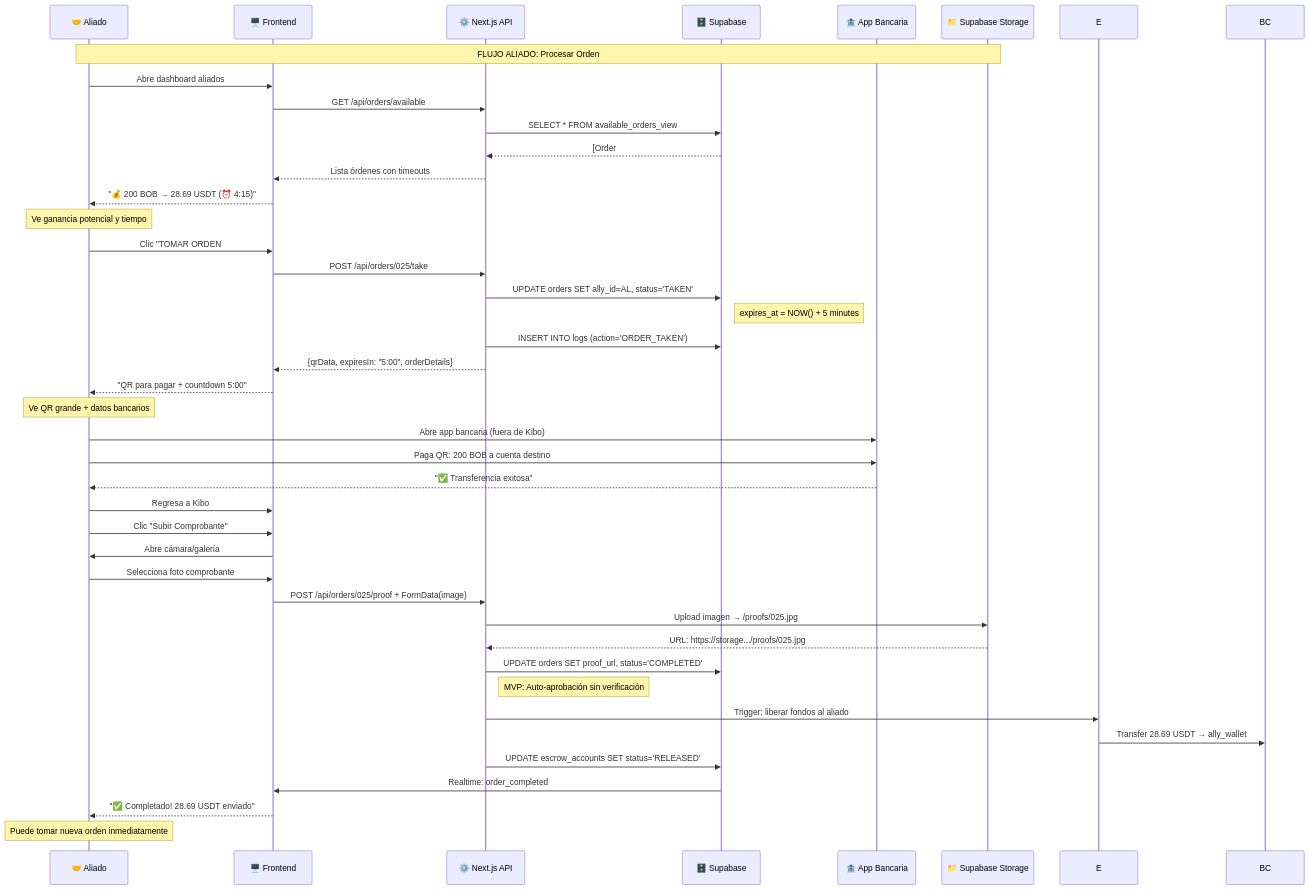
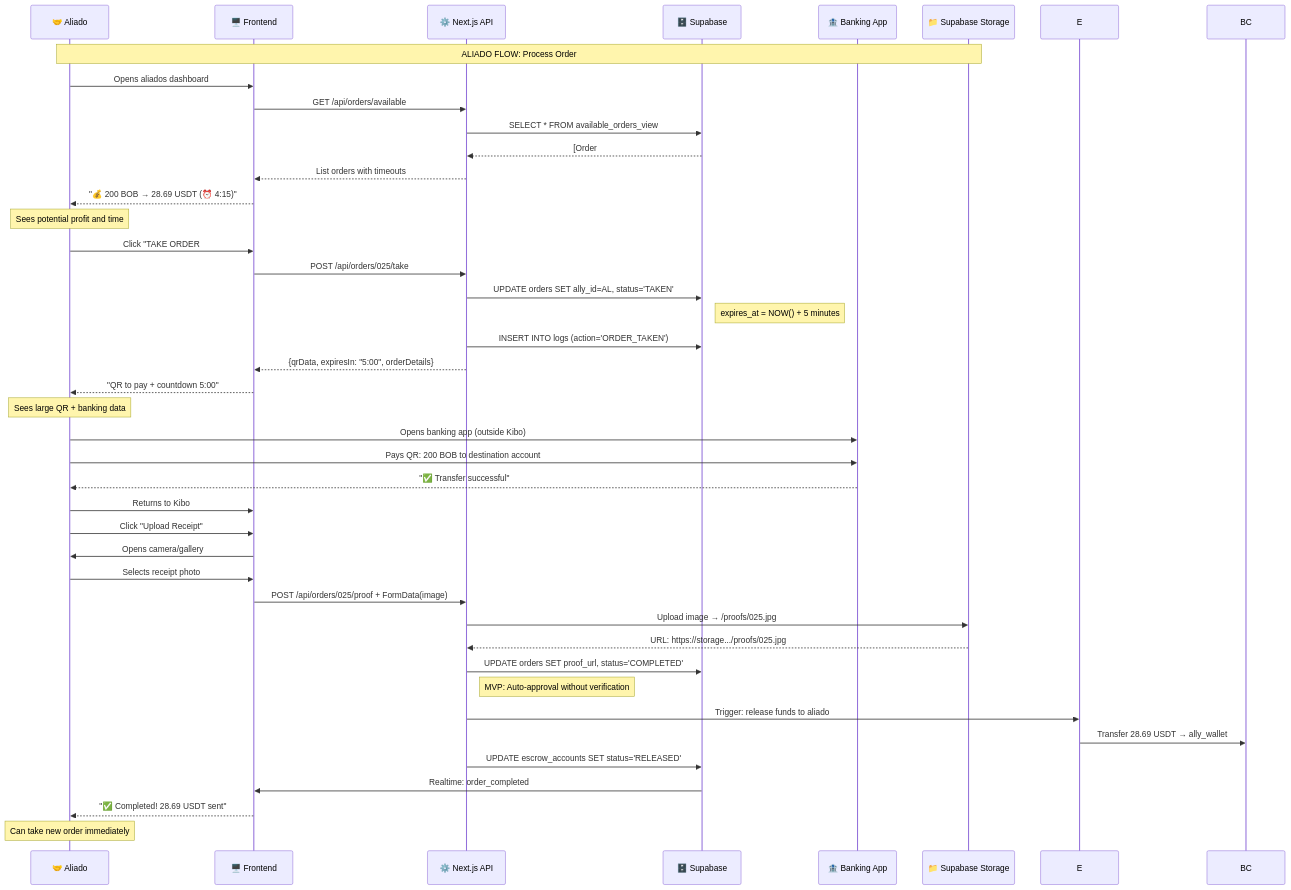
One commit to kibo-project/Kibo-Wiki changed the third of 8 diagrams in 02-estados-y-flujos.md. Above: the diagram before and after it, drawn with Mermaid. The commit also changed other lines of this file and 5 other files, not shown here.

````diff
--- a/02-estados-y-flujos.md
+++ b/02-estados-y-flujos.md
@@ -187,53 +187,53 @@
 ```mermaid
 sequenceDiagram
     participant AL as 🤝 Aliado
     participant F as 🖥️ Frontend
     participant API as ⚙️ Next.js API
     participant DB as 🗄️ Supabase
-    participant BANK as 🏦 App Bancaria
+    participant BANK as 🏦 Banking App
     participant STORAGE as 📁 Supabase Storage
 
-    Note over AL,STORAGE: FLUJO ALIADO: Procesar Orden
+    Note over AL,STORAGE: ALIADO FLOW: Process Order
 
-    AL->>F: Abre dashboard aliados
+    AL->>F: Opens aliados dashboard
     F->>API: GET /api/orders/available
     API->>DB: SELECT * FROM available_orders_view
-    DB-->>API: [Order #025: 200 BOB → 28.69 USDT, 4:15 restantes]
-    API-->>F: Lista órdenes con timeouts
+    DB-->>API: [Order #025: 200 BOB → 28.69 USDT, 4:15 remaining]
+    API-->>F: List orders with timeouts
     F-->>AL: "💰 200 BOB → 28.69 USDT (⏰ 4:15)"
     
-    Note over AL: Ve ganancia potencial y tiempo
-    AL->>F: Clic "TOMAR ORDEN #025"
+    Note over AL: Sees potential profit and time
+    AL->>F: Click "TAKE ORDER #025"
     F->>API: POST /api/orders/025/take
     
     API->>DB: UPDATE orders SET ally_id=AL, status='TAKEN'
     Note right of DB: expires_at = NOW() + 5 minutes
     API->>DB: INSERT INTO logs (action='ORDER_TAKEN')
     API-->>F: {qrData, expiresIn: "5:00", orderDetails}
-    F-->>AL: "QR para pagar + countdown 5:00"
+    F-->>AL: "QR to pay + countdown 5:00"
     
-    Note over AL: Ve QR grande + datos bancarios
-    AL->>BANK: Abre app bancaria (fuera de Kibo)
-    AL->>BANK: Paga QR: 200 BOB a cuenta destino
-    BANK-->>AL: "✅ Transferencia exitosa"
+    Note over AL: Sees large QR + banking data
+    AL->>BANK: Opens banking app (outside Kibo)
+    AL->>BANK: Pays QR: 200 BOB to destination account
+    BANK-->>AL: "✅ Transfer successful"
     
-    AL->>F: Regresa a Kibo
-    AL->>F: Clic "Subir Comprobante"
-    F->>AL: Abre cámara/galería
-    AL->>F: Selecciona foto comprobante
+    AL->>F: Returns to Kibo
+    AL->>F: Click "Upload Receipt"
+    F->>AL: Opens camera/gallery
+    AL->>F: Selects receipt photo
     
     F->>API: POST /api/orders/025/proof + FormData(image)
-    API->>STORAGE: Upload imagen → /proofs/025.jpg
+    API->>STORAGE: Upload image → /proofs/025.jpg
     STORAGE-->>API: URL: https://storage.../proofs/025.jpg
     API->>DB: UPDATE orders SET proof_url, status='COMPLETED'
-    Note right of API: MVP: Auto-aprobación sin verificación
+    Note right of API: MVP: Auto-approval without verification
     
-    API->>E: Trigger: liberar fondos al aliado
+    API->>E: Trigger: release funds to aliado
     E->>BC: Transfer 28.69 USDT → ally_wallet
     API->>DB: UPDATE escrow_accounts SET status='RELEASED'
     
     DB->>F: Realtime: order_completed
-    F-->>AL: "✅ Completado! 28.69 USDT enviado"
+    F-->>AL: "✅ Completed! 28.69 USDT sent"
     
-    Note over AL: Puede tomar nueva orden inmediatamente
+    Note over AL: Can take new order immediately
 ```
````
